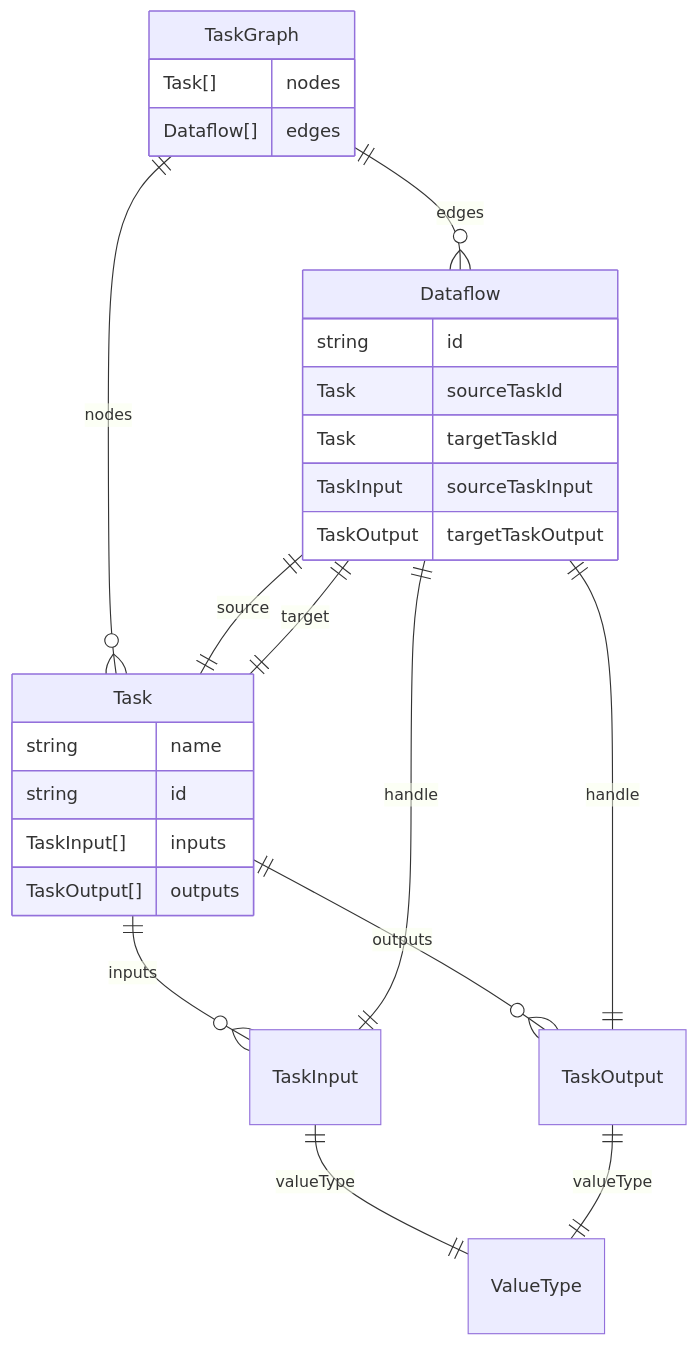
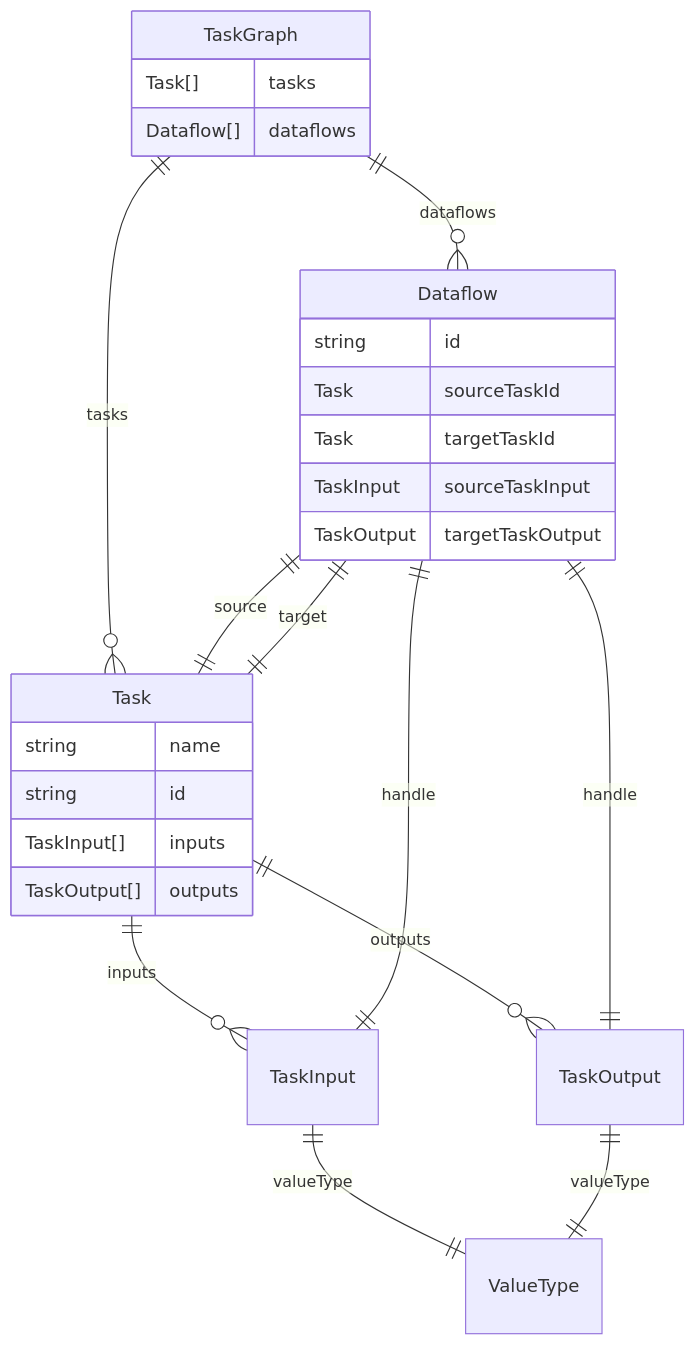
Before and after one commit to PodleyAI/podley: the diagram in docs/background/06_run_graph_orchestration.md, drawn with Mermaid. The commit also changed other lines of this file and 15 other files, not shown here.

First line of the commit message:
refactor: TaskGraph no longer subclasses a graph directly, but has-a dag. No more access to node/edge nomenclature.

````diff
--- a/docs/background/06_run_graph_orchestration.md
+++ b/docs/background/06_run_graph_orchestration.md
@@ -43,33 +43,33 @@
 ```mermaid
 erDiagram
-    TaskGraph ||--o{ Task : nodes
-    TaskGraph ||--o{ Dataflow : edges
+    TaskGraph ||--o{ Task : tasks
+    TaskGraph ||--o{ Dataflow : dataflows
     Task ||--o{ TaskInput : inputs
     Task ||--o{ TaskOutput: outputs
     TaskInput ||--|| ValueType : valueType
     TaskOutput ||--|| ValueType : valueType
     Dataflow ||--|| TaskInput : handle
     Dataflow ||--|| TaskOutput : handle
     Dataflow ||--|| Task : source
     Dataflow ||--|| Task : target
 
     TaskGraph{
-      Task[] nodes
-      Dataflow[] edges
+      Task[] tasks
+      Dataflow[] dataflows
     }
 
     Task{
       string name
       string id
       TaskInput[] inputs
       TaskOutput[] outputs
     }
 
     Dataflow{
       string id
       Task sourceTaskId
       Task targetTaskId
       TaskInput sourceTaskInput
       TaskOutput targetTaskOutput
     }
 ```
````
